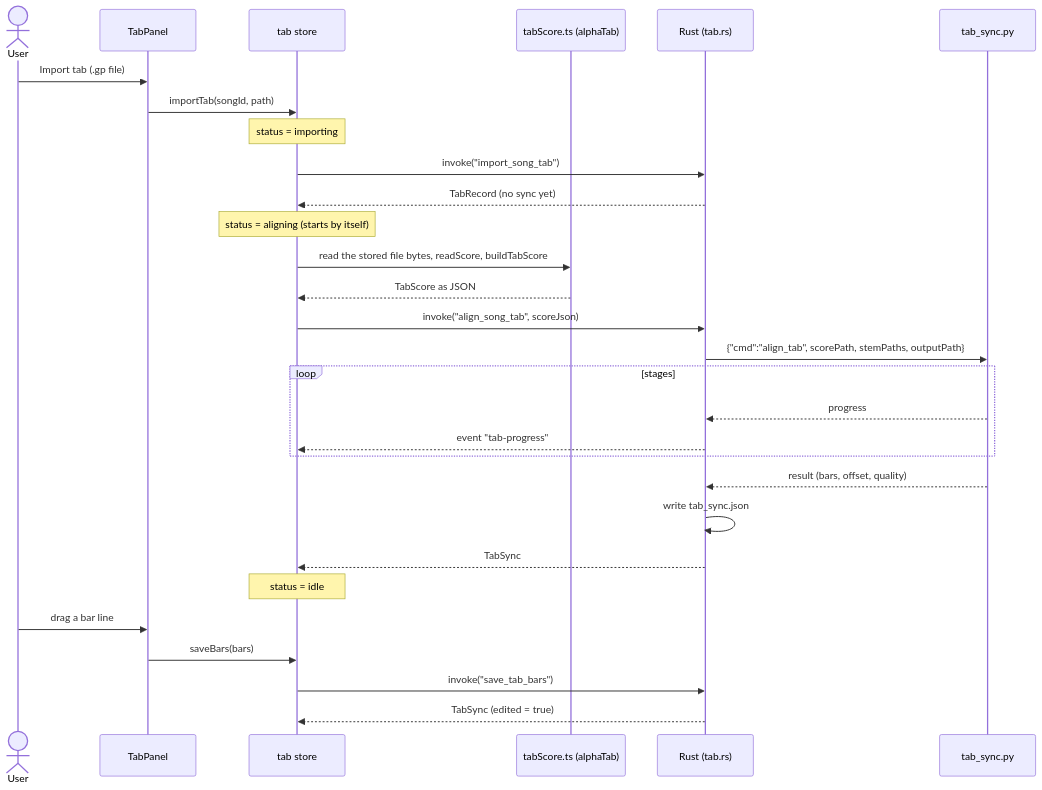
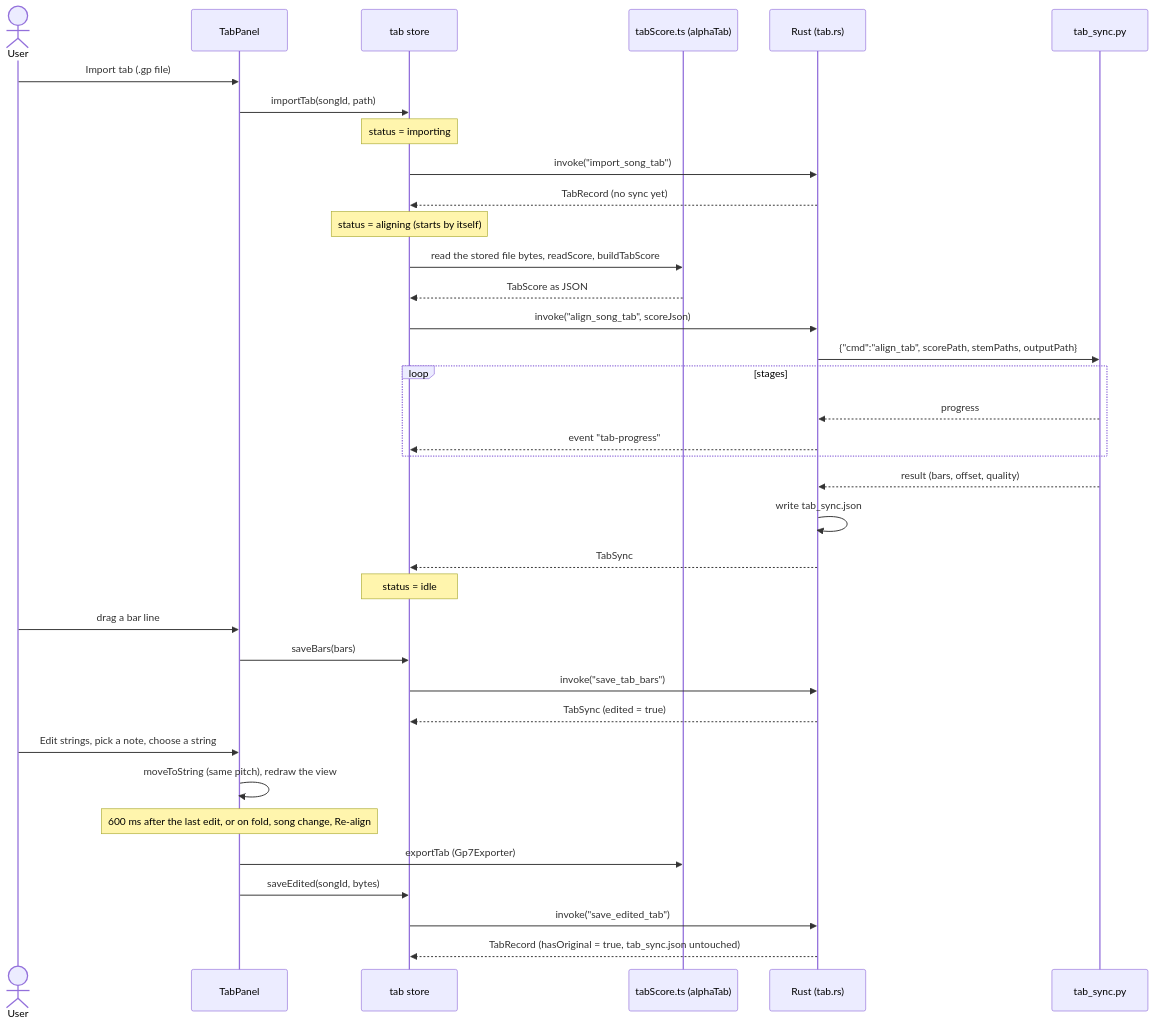
Diagram 12 of 16 in wiki/uml.md (giamat90/SongPracticeStudio), drawn with Mermaid before and after one commit. The commit also changed other lines of this file and 20 other files, not shown here.

````diff
--- a/wiki/uml.md
+++ b/wiki/uml.md
@@ -505,32 +509,39 @@
 ```mermaid
 sequenceDiagram
     actor U as User
     participant TP as TabPanel
     participant TS as tab store
     participant AT as tabScore.ts (alphaTab)
     participant R as Rust (tab.rs)
     participant P as tab_sync.py
 
     U->>TP: Import tab (.gp file)
     TP->>TS: importTab(songId, path)
     Note over TS: status = importing
     TS->>R: invoke("import_song_tab")
     R-->>TS: TabRecord (no sync yet)
     Note over TS: status = aligning (starts by itself)
     TS->>AT: read the stored file bytes, readScore, buildTabScore
     AT-->>TS: TabScore as JSON
     TS->>R: invoke("align_song_tab", scoreJson)
     R->>P: {"cmd":"align_tab", scorePath, stemPaths, outputPath}
     loop stages
         P-->>R: progress
         R-->>TS: event "tab-progress"
     end
     P-->>R: result (bars, offset, quality)
     R->>R: write tab_sync.json
     R-->>TS: TabSync
     Note over TS: status = idle
     U->>TP: drag a bar line
     TP->>TS: saveBars(bars)
     TS->>R: invoke("save_tab_bars")
     R-->>TS: TabSync (edited = true)
+    U->>TP: Edit strings, pick a note, choose a string
+    TP->>TP: moveToString (same pitch), redraw the view
+    Note over TP: 600 ms after the last edit, or on fold, song change, Re-align
+    TP->>AT: exportTab (Gp7Exporter)
+    TP->>TS: saveEdited(songId, bytes)
+    TS->>R: invoke("save_edited_tab")
+    R-->>TS: TabRecord (hasOriginal = true, tab_sync.json untouched)
 ```
````
